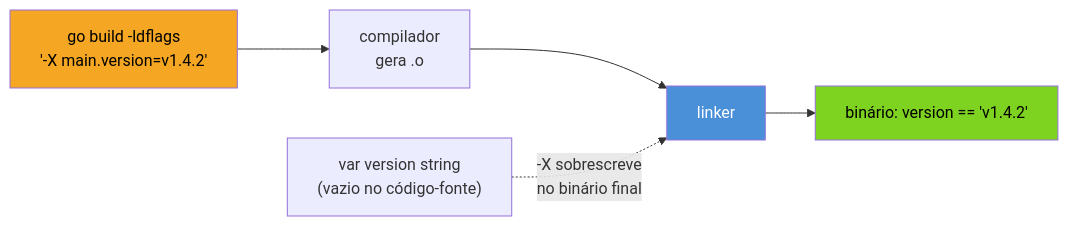
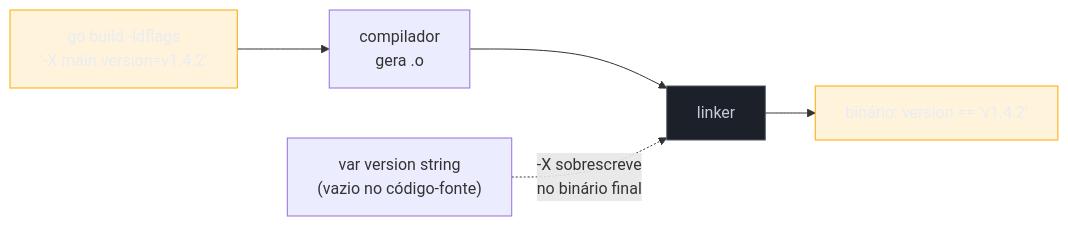
One commit to josenaldo/codex-technomanticus changed the first of 2 diagrams in 03-Dominios/Tecnologia/Go/18 - Cloud-native e produção/03 - Build flags e versionamento.md. Above: the diagram before and after it, drawn with Mermaid. The commit also changed other lines of this file and 1181 other files, not shown here.

First line of the commit message:
fix(diagramas): paleta do sistema no lugar de cor cravada no markdown

````diff
--- a/03-Dominios/Tecnologia/Go/18 - Cloud-native e produção/03 - Build flags e versionamento.md
+++ b/03-Dominios/Tecnologia/Go/18 - Cloud-native e produção/03 - Build flags e versionamento.md
@@ -34,11 +34,13 @@
 ```mermaid
 flowchart LR
+    classDef destaque fill:#FFAA0024,stroke:#FFAA00,color:#E9ECF2
+    classDef neutro fill:#1B2029,stroke:#4E5666,color:#C6CCD8
     A["go build -ldflags\n'-X main.version=v1.4.2'"] --> B[compilador\ngera .o]
     B --> C[linker]
     D["var version string\n(vazio no código-fonte)"] -.->|"-X sobrescreve\nno binário final"| C
     C --> E["binário: version == 'v1.4.2'"]
 
-    style A fill:#F5A623,color:#000
-    style C fill:#4A90D9,color:#fff
-    style E fill:#7ED321,color:#000
+    class A destaque
+    class C neutro
+    class E destaque
 ```
````
